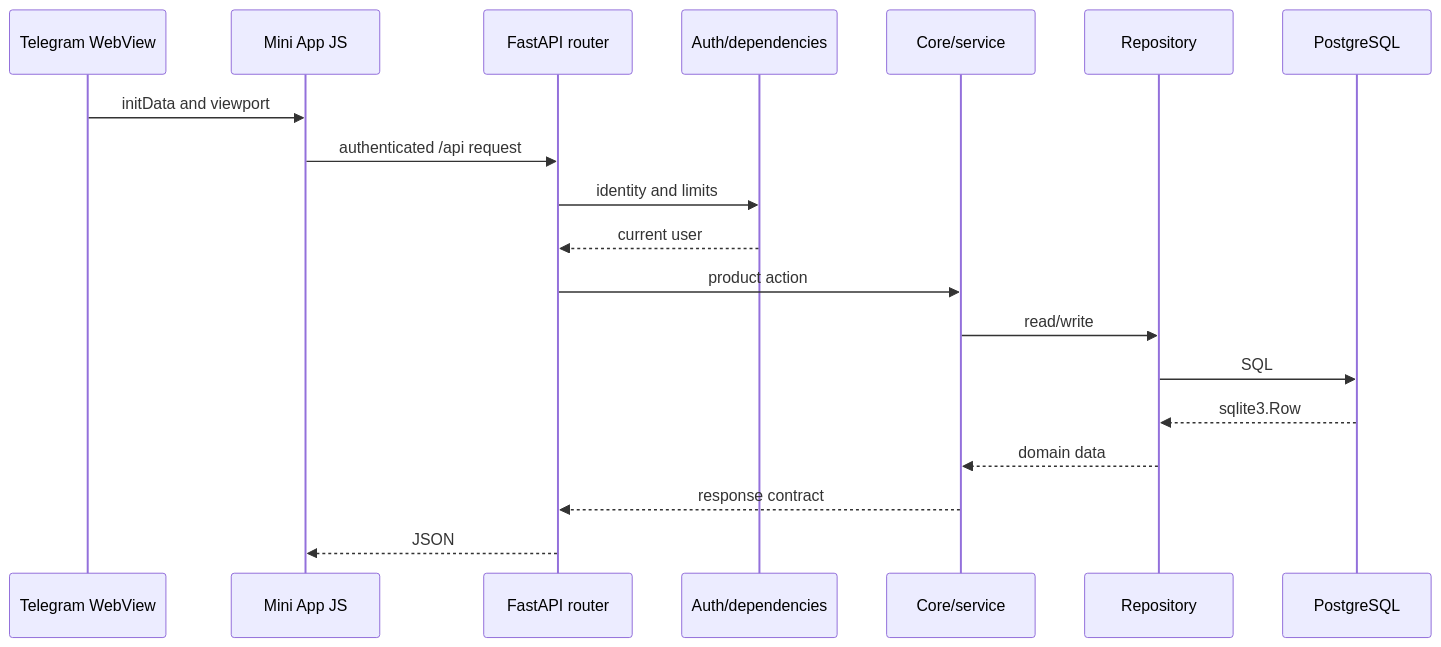
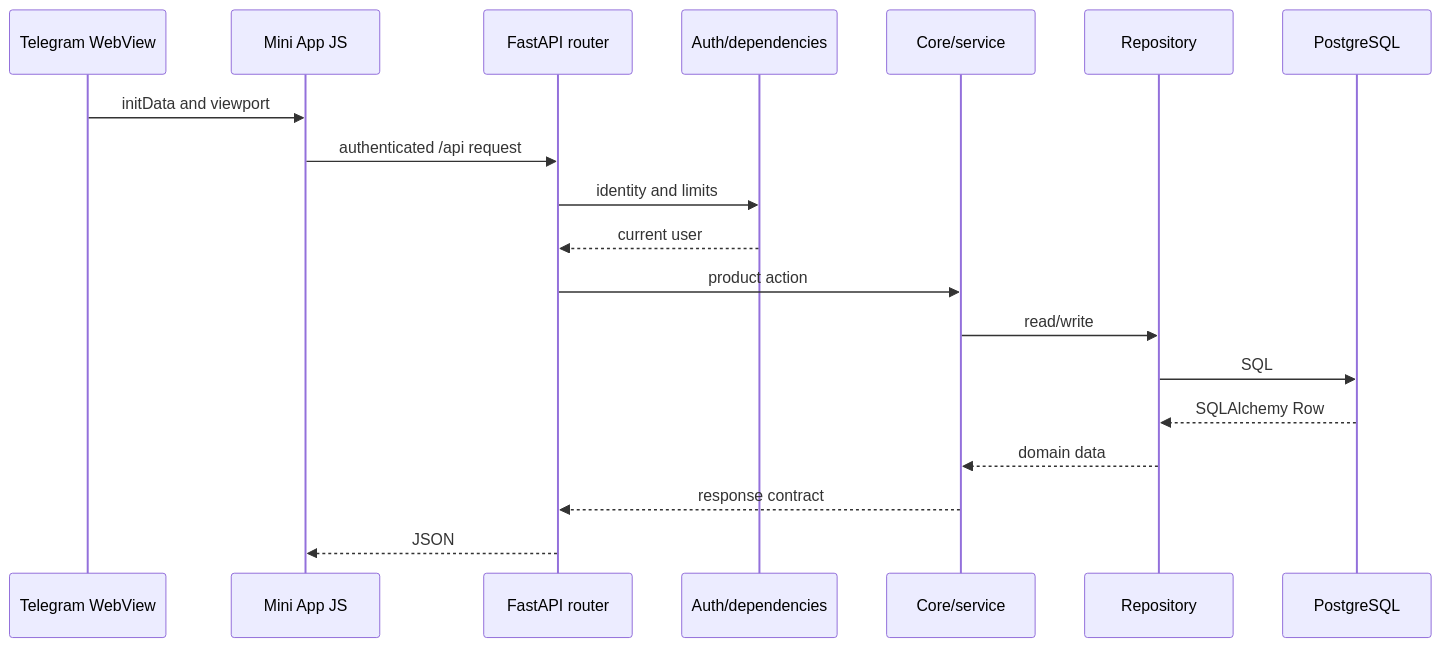
The second of 3 diagrams in docs/ARCHITECTURE.md (astartv1ai-del/oracleAI), drawn with Mermaid before and after one commit. The commit also changed other lines of this file and 25 other files, not shown here.

````diff
--- a/docs/ARCHITECTURE.md
+++ b/docs/ARCHITECTURE.md
@@ -49,22 +49,22 @@
 ```mermaid
 sequenceDiagram
     participant T as Telegram WebView
     participant M as Mini App JS
     participant A as FastAPI router
     participant D as Auth/dependencies
     participant C as Core/service
     participant R as Repository
     participant DB as PostgreSQL
 
     T->>M: initData and viewport
     M->>A: authenticated /api request
     A->>D: identity and limits
     D-->>A: current user
     A->>C: product action
     C->>R: read/write
     R->>DB: SQL
-    DB-->>R: sqlite3.Row
+    DB-->>R: SQLAlchemy Row
     R-->>C: domain data
     C-->>A: response contract
     A-->>M: JSON
 ```
````
